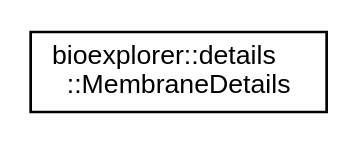
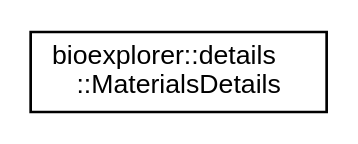
Before and after one commit to BlueBrain/BioExplorer: the diagram in docs/inherit_graph_33.dot, drawn with Graphviz. The commit also changed 256 other files, not shown here.

```diff
--- a/docs/inherit_graph_33.dot
+++ b/docs/inherit_graph_33.dot
@@ -1,8 +1,8 @@
 digraph "Graphical Class Hierarchy"
 {
  // LATEX_PDF_SIZE
   edge [fontname="Helvetica",fontsize="10",labelfontname="Helvetica",labelfontsize="10"];
   node [fontname="Helvetica",fontsize="10",shape=record];
   rankdir="LR";
-  Node0 [label="bioexplorer::details\l::MembraneDetails",height=0.2,width=0.4,color="black", fillcolor="white", style="filled",URL="$d0/ddb/structbioexplorer_1_1details_1_1MembraneDetails.html",tooltip="A membrane is a shaped assembly of phospholipids."];
+  Node0 [label="bioexplorer::details\l::MaterialsDetails",height=0.2,width=0.4,color="black", fillcolor="white", style="filled",URL="$d7/d84/structbioexplorer_1_1details_1_1MaterialsDetails.html",tooltip="Structure containing attributes of materials attached to one or several Brayns models."];
 }
```
